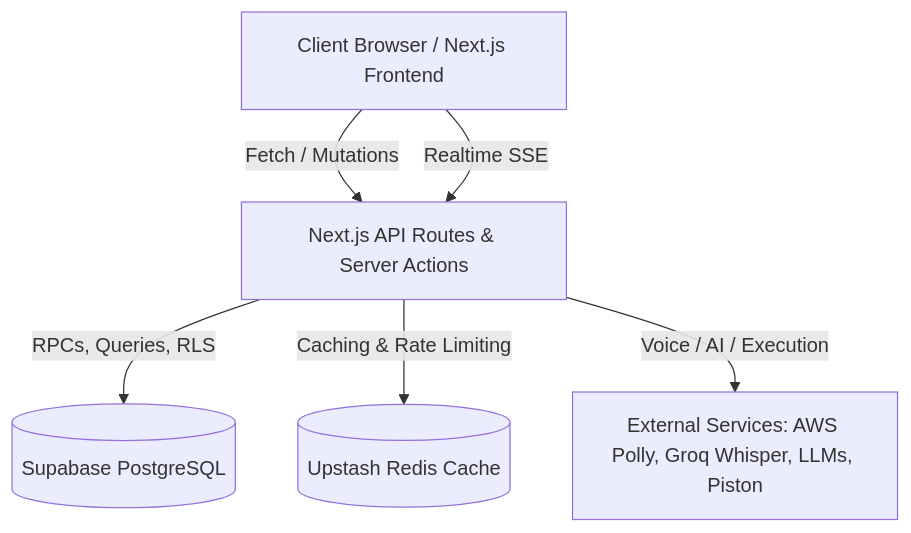
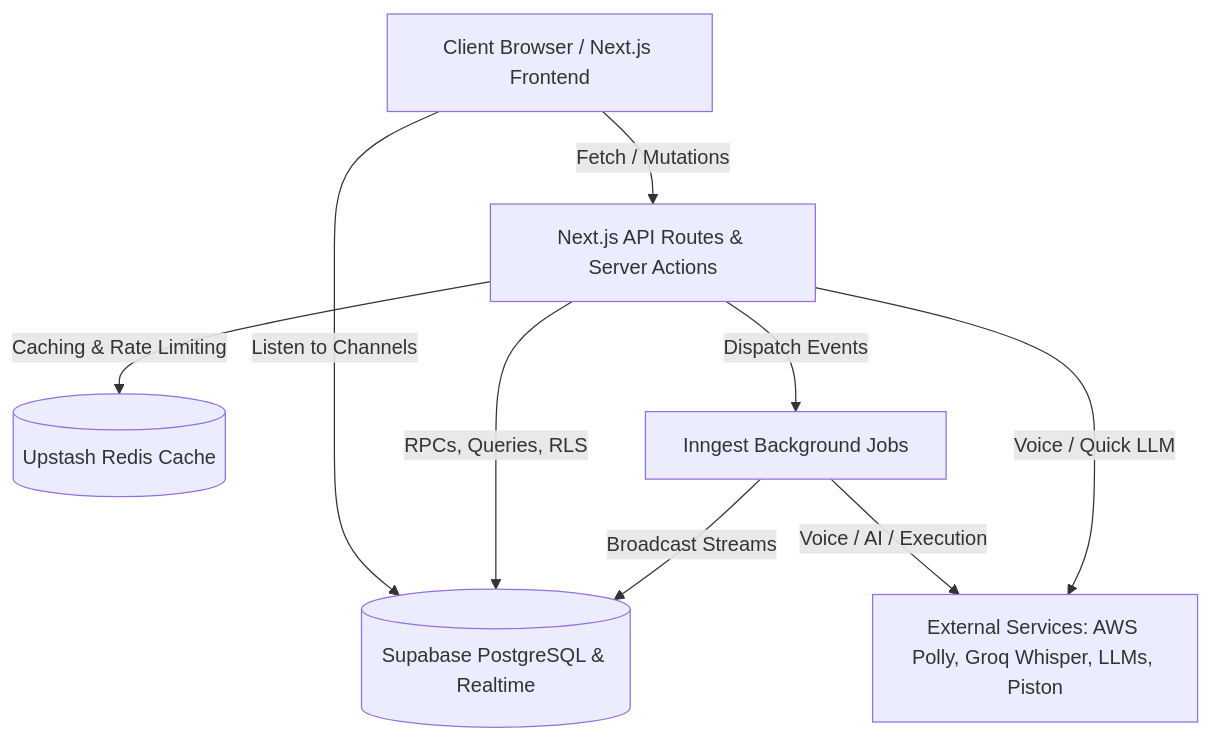
Before and after one commit to ANIRUDDH-001/algomind: the first of 5 diagrams in README.md, drawn with Mermaid. The commit also changed other lines of this file, not shown here.

Commit message:
docs: update architecture diagrams for Inngest and Supabase Realtime

````diff
--- a/README.md
+++ b/README.md
@@ -79,14 +79,18 @@
 ```mermaid
 graph TD
     Client[Client Browser / Next.js Frontend]
     NextAPI[Next.js API Routes & Server Actions]
-    Supabase[(Supabase PostgreSQL)]
+    Supabase[(Supabase PostgreSQL & Realtime)]
     Upstash[(Upstash Redis Cache)]
+    Inngest[Inngest Background Jobs]
     External[External Services: AWS Polly, Groq Whisper, LLMs, Piston]
     
     Client -- "Fetch / Mutations" --> NextAPI
-    Client -- "Realtime SSE" --> NextAPI
+    Client -- "Listen to Channels" --> Supabase
     NextAPI -- "RPCs, Queries, RLS" --> Supabase
     NextAPI -- "Caching & Rate Limiting" --> Upstash
-    NextAPI -- "Voice / AI / Execution" --> External
+    NextAPI -- "Dispatch Events" --> Inngest
+    Inngest -- "Broadcast Streams" --> Supabase
+    Inngest -- "Voice / AI / Execution" --> External
+    NextAPI -- "Voice / Quick LLM" --> External
 ```
````
